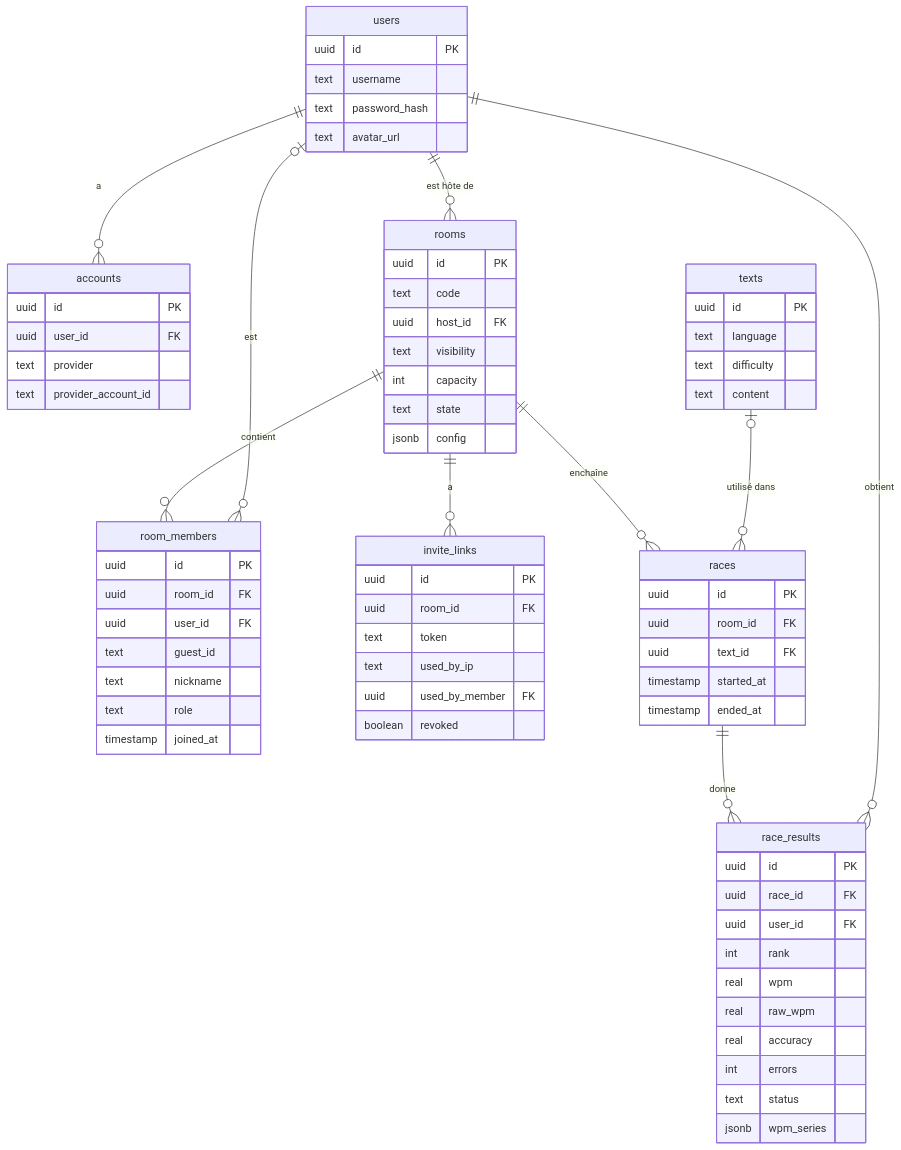
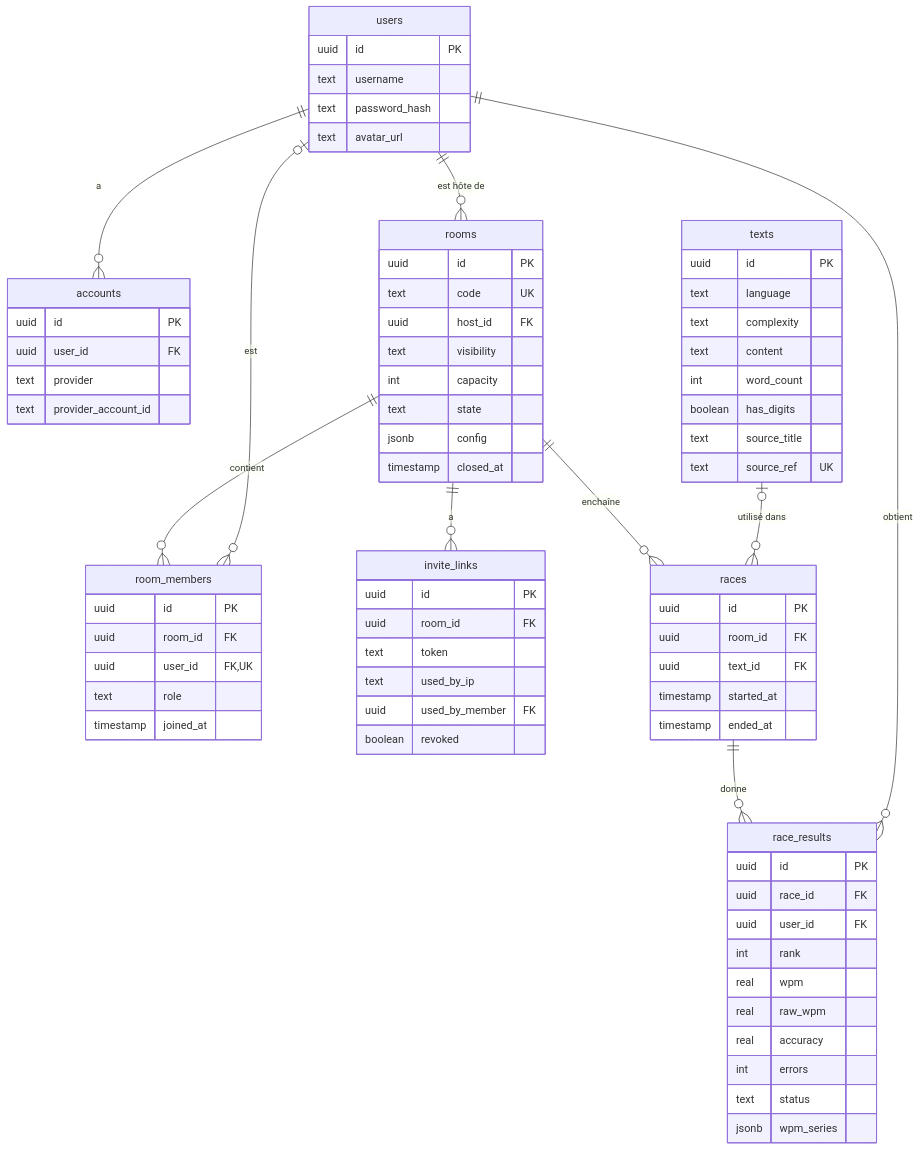
The first of 2 diagrams in docs/ARCHITECTURE.md (Onyyx256/typeracer), drawn with Mermaid before and after one commit. The commit also changed other lines of this file, not shown here.

Commit message:
docs: update the data model with the texts and rooms tables
The diagram and notes now match the real texts, rooms and room_members
tables: unique code and member constraints (SALLE-02, SALLE-06), config
as jsonb, host handover and row locking (SALLE-05, SALLE-08).

````diff
--- a/docs/ARCHITECTURE.md
+++ b/docs/ARCHITECTURE.md
@@ -7,76 +7,79 @@
 ```mermaid
 erDiagram
     users ||--o{ accounts : "a"
     users ||--o{ rooms : "est hôte de"
     rooms ||--o{ room_members : "contient"
     users |o--o{ room_members : "est"
     rooms ||--o{ invite_links : "a"
     rooms ||--o{ races : "enchaîne"
     texts |o--o{ races : "utilisé dans"
     races ||--o{ race_results : "donne"
     users ||--o{ race_results : "obtient"
 
     users {
         uuid id PK
         text username
         text password_hash
         text avatar_url
     }
     accounts {
         uuid id PK
         uuid user_id FK
         text provider
         text provider_account_id
     }
     rooms {
         uuid id PK
-        text code
+        text code UK
         uuid host_id FK
         text visibility
         int capacity
         text state
         jsonb config
+        timestamp closed_at
     }
     room_members {
         uuid id PK
         uuid room_id FK
-        uuid user_id FK
-        text guest_id
-        text nickname
+        uuid user_id FK,UK
         text role
         timestamp joined_at
     }
     invite_links {
         uuid id PK
         uuid room_id FK
         text token
         text used_by_ip
         uuid used_by_member FK
         boolean revoked
     }
     texts {
         uuid id PK
         text language
-        text difficulty
+        text complexity
         text content
+        int word_count
+        boolean has_digits
+        text source_title
+        text source_ref UK
     }
     races {
         uuid id PK
         uuid room_id FK
         uuid text_id FK
         timestamp started_at
         timestamp ended_at
     }
     race_results {
         uuid id PK
         uuid race_id FK
         uuid user_id FK
         int rank
         real wpm
         real raw_wpm
         real accuracy
         int errors
         text status
         jsonb wpm_series
     }
 ```
````
